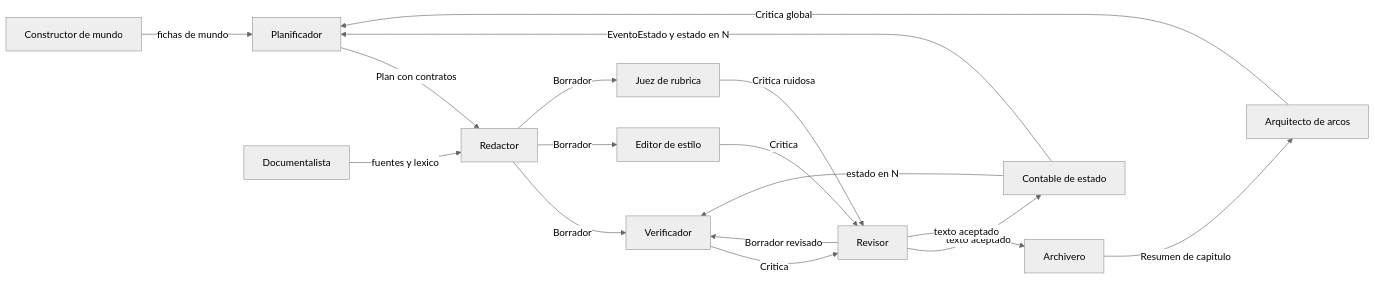
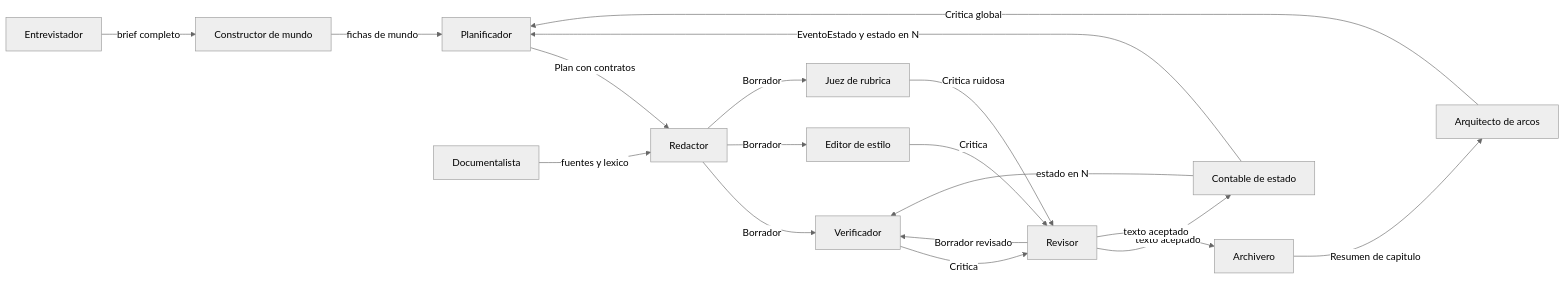
The second of 10 diagrams in docs/architecture.md (alvarofernandezqaracter/my-story-maker), drawn with Mermaid (neutral theme) before and after one commit. The commit also changed other lines of this file and 3 other files, not shown here.

````diff
--- a/docs/architecture.md
+++ b/docs/architecture.md
@@ -112,19 +115,20 @@
 ```mermaid
 flowchart LR
-  MUN[Constructor de mundo] -- fichas de mundo --> PLA[Planificador]
+  ENT[Entrevistador] -- brief completo --> MUN[Constructor de mundo]
+  MUN -- fichas de mundo --> PLA[Planificador]
   DOC[Documentalista] -- fuentes y lexico --> RED[Redactor]
   PLA -- Plan con contratos --> RED
   RED -- Borrador --> VER[Verificador]
   RED -- Borrador --> EDI[Editor de estilo]
   RED -- Borrador --> JUE[Juez de rubrica]
   VER -- Critica --> REV[Revisor]
   EDI -- Critica --> REV
   JUE -- Critica ruidosa --> REV
   REV -- Borrador revisado --> VER
   REV -- texto aceptado --> CON[Contable de estado]
   CON -- EventoEstado y estado en N --> PLA
   CON -- estado en N --> VER
   REV -- texto aceptado --> ARC[Archivero]
   ARC -- Resumen de capitulo --> ARQ[Arquitecto de arcos]
   ARQ -- Critica global --> PLA
 ```
````
